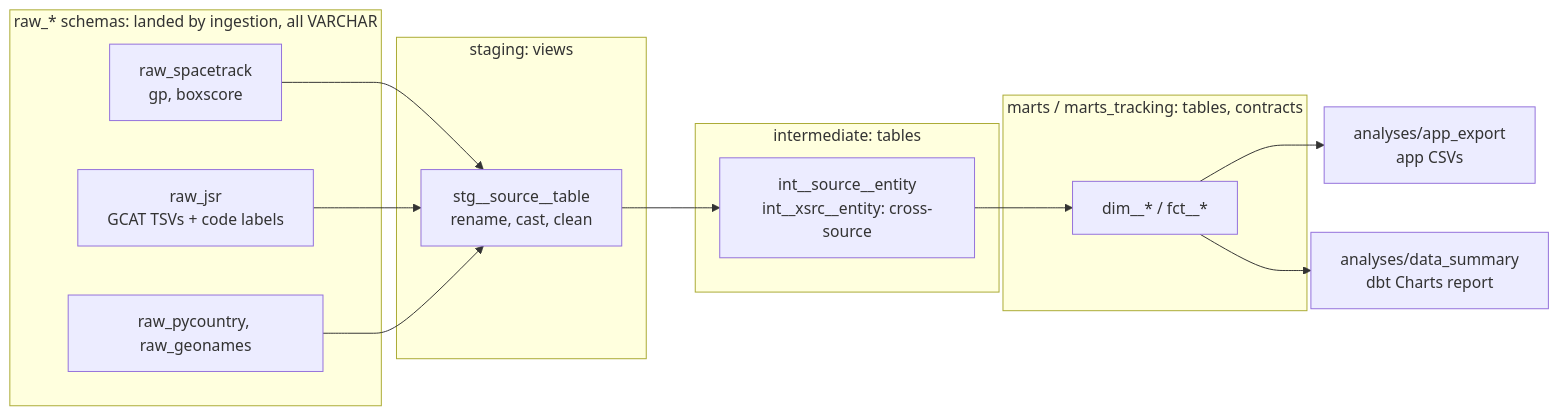
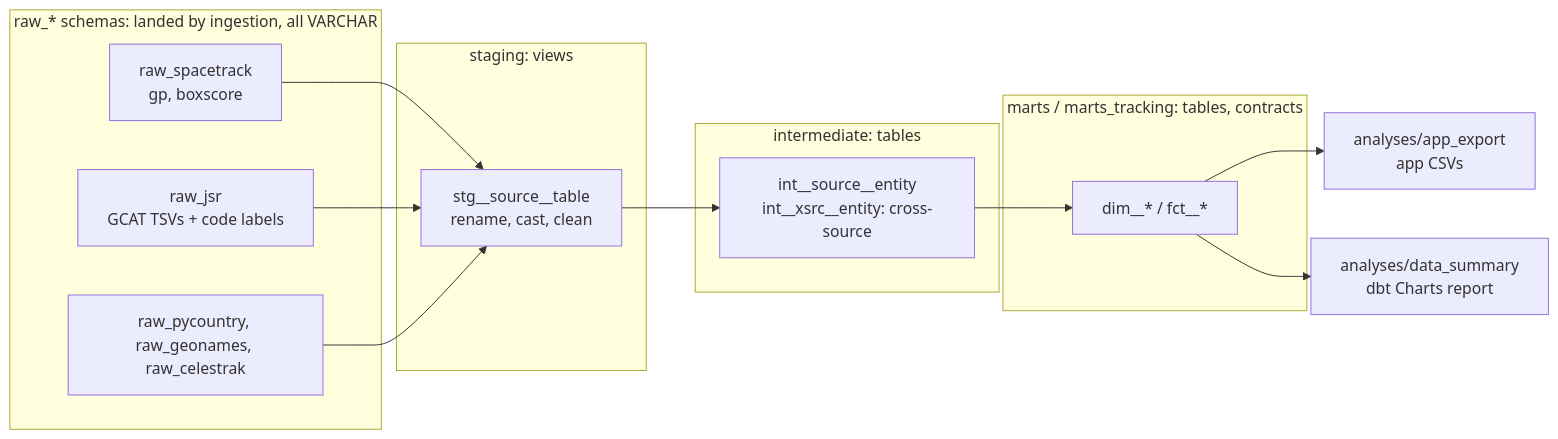
One commit to pseud-acc/SatTrack changed the diagram in pipeline/transform/README.md. Above: the diagram before and after it, drawn with Mermaid. The commit also changed other lines of this file and 50 other files, not shown here.

````diff
--- a/pipeline/transform/README.md
+++ b/pipeline/transform/README.md
@@ -24,20 +24,20 @@
 ```mermaid
 flowchart LR
   subgraph raw[raw_* schemas: landed by ingestion, all VARCHAR]
     R1[raw_spacetrack<br/>gp, boxscore]
     R2[raw_jsr<br/>GCAT TSVs + code labels]
-    R3[raw_pycountry, raw_geonames]
+    R3[raw_pycountry, raw_geonames, raw_celestrak]
   end
   subgraph stg[staging: views]
     S[stg__source__table<br/>rename, cast, clean]
   end
   subgraph int[intermediate: tables]
     I[int__source__entity<br/>int__xsrc__entity: cross-source]
   end
   subgraph marts[marts / marts_tracking: tables, contracts]
     M[dim__* / fct__*]
   end
   R1 & R2 & R3 --> S --> I --> M
   M --> A[analyses/app_export<br/>app CSVs]
   M --> C[analyses/data_summary<br/>dbt Charts report]
 ```
````
